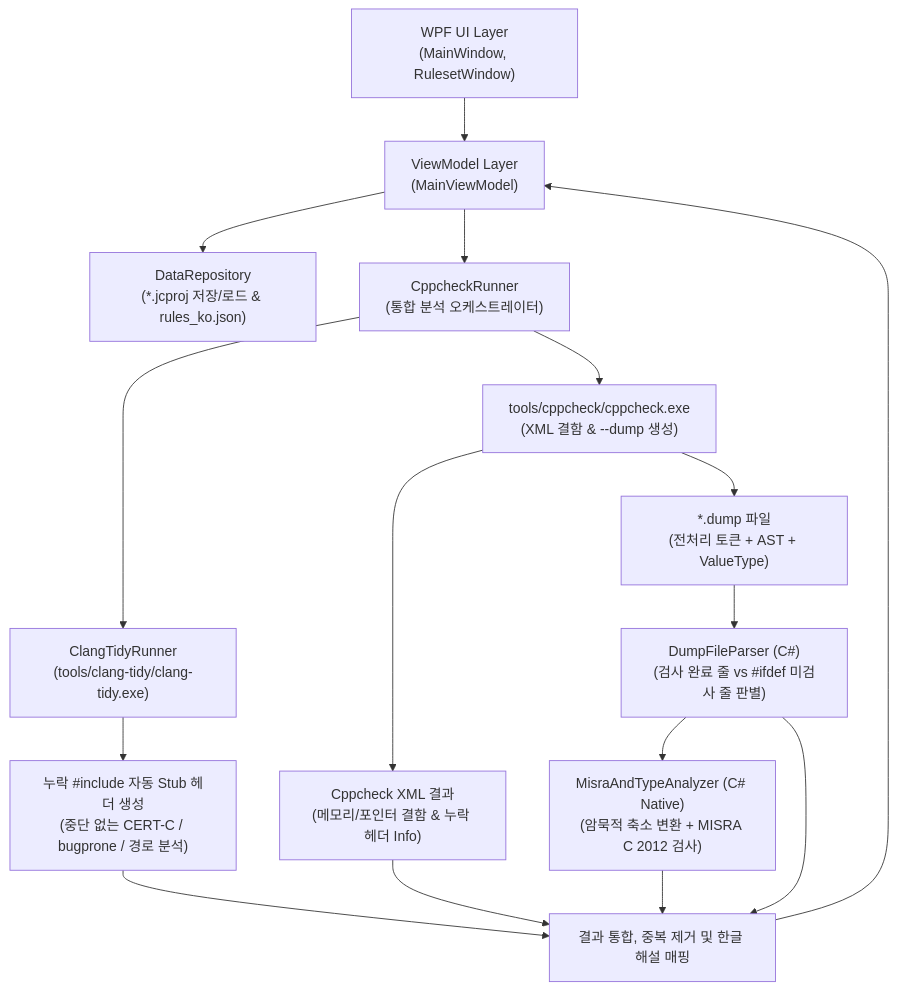
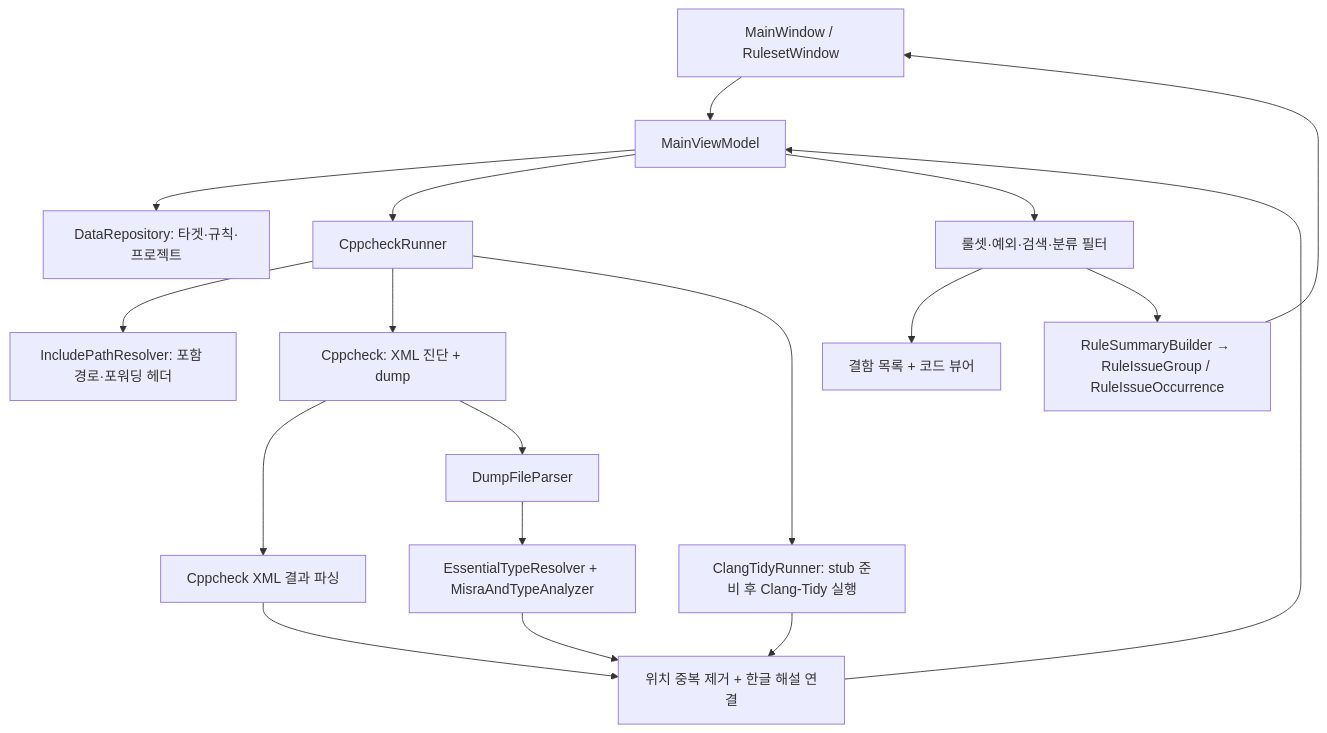
The diagram in doc/02_architecture.md (hankjeon/JeonCheck), drawn with Mermaid before and after one commit. The commit also changed other lines of this file and 14 other files, not shown here.

````diff
--- a/doc/02_architecture.md
+++ b/doc/02_architecture.md
@@ -7,22 +7,20 @@
 ```mermaid
 flowchart TD
-    UI["WPF UI Layer\n(MainWindow, RulesetWindow)"] --> VM["ViewModel Layer\n(MainViewModel)"]
-    VM --> PM["DataRepository\n(*.jcproj 저장/로드 & rules_ko.json)"]
-    VM --> Runner["CppcheckRunner\n(통합 분석 오케스트레이터)"]
-    
-    Runner --> CPP["tools/cppcheck/cppcheck.exe\n(XML 결함 & --dump 생성)"]
-    Runner --> CT["ClangTidyRunner\n(tools/clang-tidy/clang-tidy.exe)"]
-    
-    CPP --> XML["Cppcheck XML 결과\n(메모리/포인터 결함 & 누락 헤더 Info)"]
-    CPP --> DUMP["*.dump 파일\n(전처리 토큰 + AST + ValueType)"]
-    
-    DUMP --> Parser["DumpFileParser (C#)\n(검사 완료 줄 vs #ifdef 미검사 줄 판별)"]
-    Parser --> Analyzer["MisraAndTypeAnalyzer (C# Native)\n(암묵적 축소 변환 + MISRA C 2012 검사)"]
-    
-    CT --> Stub["누락 #include 자동 Stub 헤더 생성\n(중단 없는 CERT-C / bugprone / 경로 분석)"]
-    Stub --> Merger["결과 통합, 중복 제거 및 한글 해설 매핑"]
-    XML --> Merger
-    Analyzer --> Merger
-    Parser --> Merger
-    Merger --> VM
+    UI[MainWindow / RulesetWindow] --> VM[MainViewModel]
+    VM --> Data[DataRepository: 타겟·규칙·프로젝트]
+    VM --> Runner[CppcheckRunner]
+    Runner --> Include[IncludePathResolver: 포함 경로·포워딩 헤더]
+    Runner --> CPP[Cppcheck: XML 진단 + dump]
+    CPP --> XML[Cppcheck XML 결과 파싱]
+    CPP --> Parser[DumpFileParser]
+    Parser --> Native[EssentialTypeResolver + MisraAndTypeAnalyzer]
+    Runner --> CT[ClangTidyRunner: stub 준비 후 Clang-Tidy 실행]
+    XML --> Merge[위치 중복 제거 + 한글 해설 연결]
+    Native --> Merge
+    CT --> Merge
+    Merge --> VM
+    VM --> Filter[룰셋·예외·검색·분류 필터]
+    Filter --> List[결함 목록 + 코드 뷰어]
+    Filter --> Summary[RuleSummaryBuilder → RuleIssueGroup / RuleIssueOccurrence]
+    Summary --> UI
 ```
````
